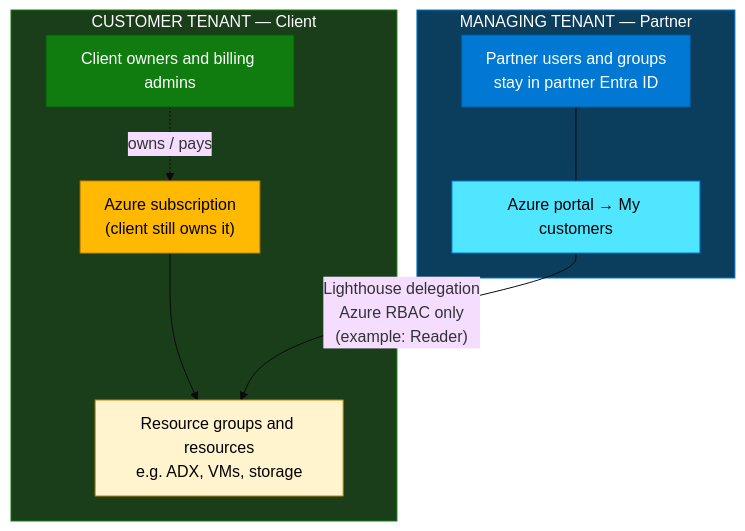
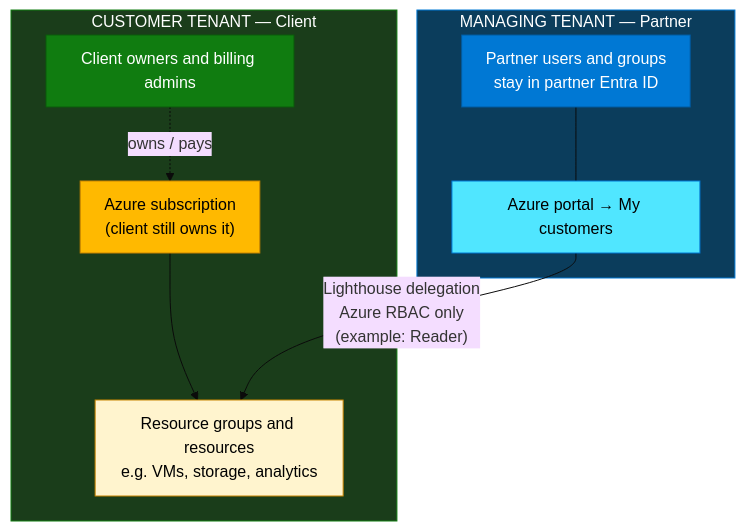
Before and after one commit to atingupta2005/adx-aws-training-aug-26: the second of 9 diagrams in Module_09_Azure_Lighthouse/09_Azure_Lighthouse_Concepts.md, drawn with Mermaid. The commit also changed other lines of this file and 2 other files, not shown here.

````diff
--- a/Module_09_Azure_Lighthouse/09_Azure_Lighthouse_Concepts.md
+++ b/Module_09_Azure_Lighthouse/09_Azure_Lighthouse_Concepts.md
@@ -64,24 +64,24 @@
 ```mermaid
 %%{init: {"theme":"base","flowchart":{"htmlLabels":true,"padding":12}}}%%
 flowchart TB
   subgraph MT["MANAGING TENANT — Partner"]
     MU["Partner users and groups<br/>stay in partner Entra ID"]
     MC["Azure portal → My customers"]
     MU --- MC
   end
   subgraph CT["CUSTOMER TENANT — Client"]
     CE["Client owners and billing admins"]
     SUB["Azure subscription<br/>(client still owns it)"]
-    RG["Resource groups and resources<br/>e.g. ADX, VMs, storage"]
+    RG["Resource groups and resources<br/>e.g. VMs, storage, analytics"]
     CE -.->|"owns / pays"| SUB
     SUB --> RG
   end
   MC -->|"Lighthouse delegation<br/>Azure RBAC only<br/>(example: Reader)"| RG
   style MT fill:#0b3d5c,stroke:#0078D4,color:#fff
   style CT fill:#1a3d1a,stroke:#107C10,color:#fff
   style MU fill:#0078D4,stroke:#005A9E,color:#fff
   style MC fill:#50e6ff,stroke:#0078D4,color:#000
   style CE fill:#107C10,stroke:#0B5A0B,color:#fff
   style SUB fill:#FFB900,stroke:#C98400,color:#000
   style RG fill:#fff4ce,stroke:#C98400,color:#000
 ```
````
